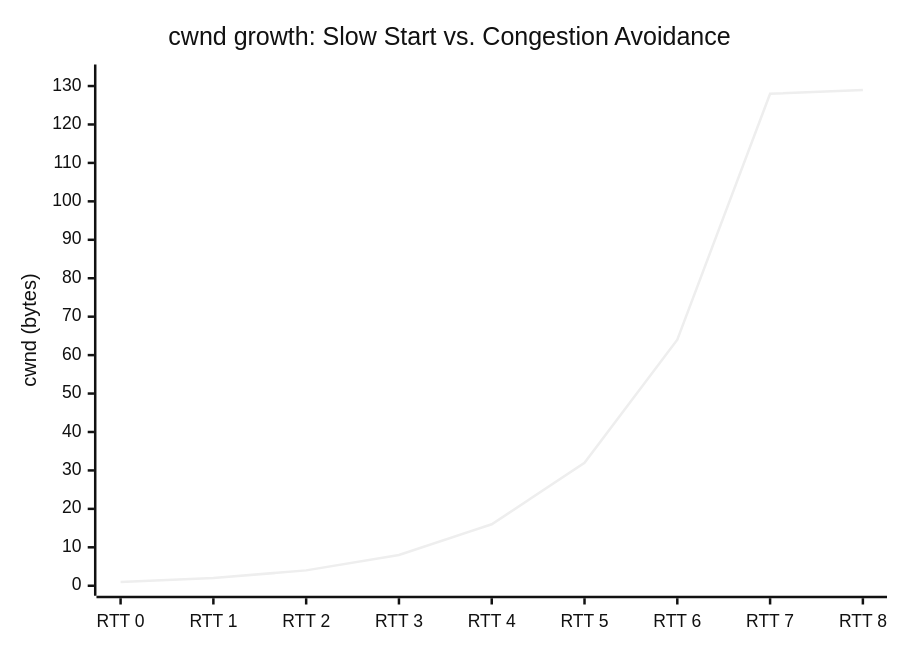
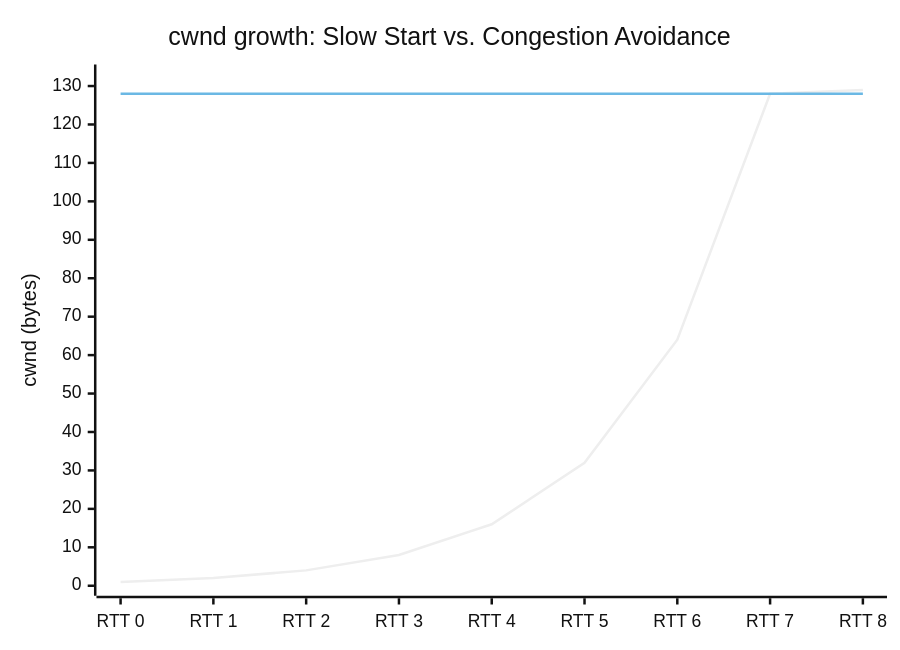
The third of 8 diagrams in content/posts/networking/ch22-tcp-congestion-control.mdx (ayuslharora/blog-ayuslh), drawn with Mermaid (neutral theme) before and after one commit. The commit also changed other lines of this file and 2 other files, not shown here.

First line of the commit message:
Label Ch.22 cwnd charts with an ssthresh reference line

````diff
--- a/content/posts/networking/ch22-tcp-congestion-control.mdx
+++ b/content/posts/networking/ch22-tcp-congestion-control.mdx
@@ -132,7 +132,8 @@
 ```mermaid
 xychart-beta
     title "cwnd growth: Slow Start vs. Congestion Avoidance"
     x-axis ["RTT 0", "RTT 1", "RTT 2", "RTT 3", "RTT 4", "RTT 5", "RTT 6", "RTT 7", "RTT 8"]
     y-axis "cwnd (bytes)" 0 --> 133
     line [1, 2, 4, 8, 16, 32, 64, 128, 129]
+    line [128, 128, 128, 128, 128, 128, 128, 128, 128]
 ```
````
